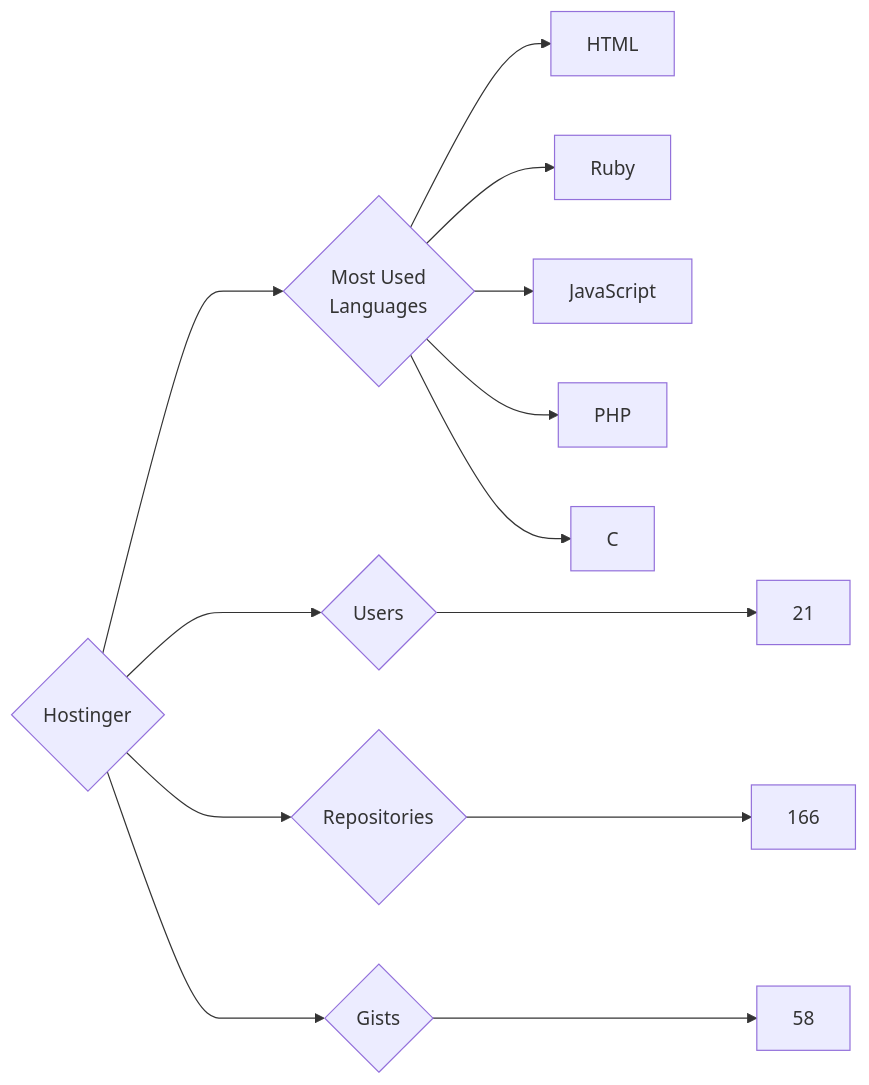
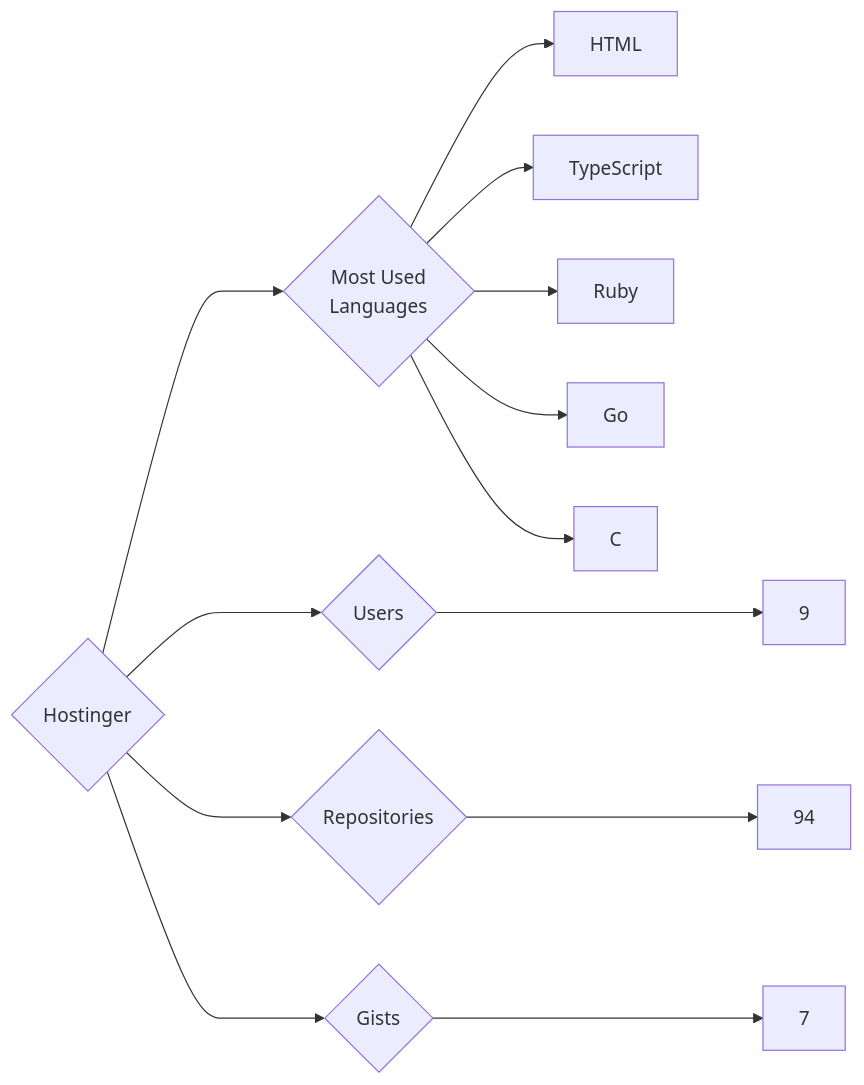
The diagram in targets/Hostinger/README.md (trickest/insiders), drawn with Mermaid before and after one commit. The commit also changed 682 other files, not shown here.

````diff
--- a/targets/Hostinger/README.md
+++ b/targets/Hostinger/README.md
@@ -3,13 +3,13 @@
 ```mermaid
 graph LR
 COMPANY_NAME{Hostinger}
-COMPANY_NAME ---> U{Users} ---> UN[21]
-COMPANY_NAME ---> R{Repositories} ---> RN[166]
-COMPANY_NAME ---> G{Gists} ---> GN[58]
+COMPANY_NAME ---> U{Users} ---> UN[9]
+COMPANY_NAME ---> R{Repositories} ---> RN[94]
+COMPANY_NAME ---> G{Gists} ---> GN[7]
 COMPANY_NAME ---> ML{Most Used<br>Languages}
 ML --> HTML[HTML]
+ML --> TypeScript[TypeScript]
 ML --> Ruby[Ruby]
-ML --> JavaScript[JavaScript]
-ML --> PHP[PHP]
+ML --> Go[Go]
 ML --> C[C]
 ```
````
